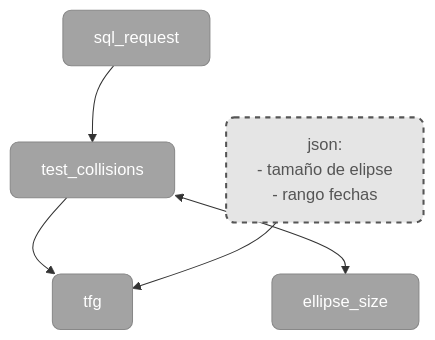
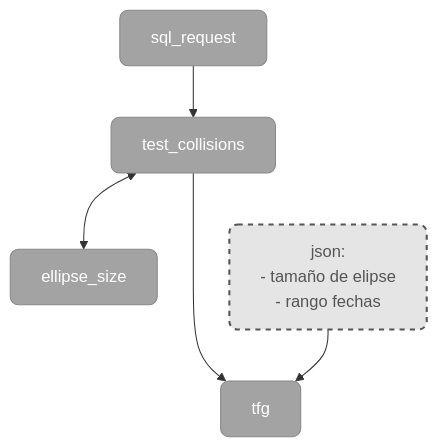
The diagram in README.md (PabloMartinmi/TFG-Navegacion-Agresiva), drawn with Mermaid before and after one commit. The commit also changed other lines of this file, not shown here.

````diff
--- a/README.md
+++ b/README.md
@@ -27,22 +19,22 @@
 ```mermaid
 flowchart TD
     %% Definición de estilos
     classDef caja fill:#a3a3a3,stroke:#888,stroke-width:1px,color:#fff,rx:8px,ry:8px;
     classDef cajaDashed fill:#e5e5e5,stroke:#555,stroke-width:2px,stroke-dasharray: 5 5,color:#555,rx:8px,ry:8px;
 
     %% Declaración de nodos
     SQL[sql_request]:::caja
     ES[ellipse_size]:::caja
     TC[test_collisions]:::caja
+    JSON["json:<br>- tamaño de elipse<br>- rango fechas"]:::cajaDashed
     TFG[tfg]:::caja
-    JSON["json:<br>- tamaño de elipse<br>- rango fechas"]:::cajaDashed
 
-    %% Conexiones invisibles para alinear
-    SQL ~~~ JSON
-    
-    %% Flujo de las flechas (con doble sentido entre TC y ES)
+    %% Flujo de las flechas
     SQL --> TC
     TC <--> ES
     TC --> TFG
     JSON --> TFG
+
+    %% Conexión invisible para forzar a JSON a ir abajo a la izquierda (evita cruces)
+    TC ~~~ JSON
 ```
````
